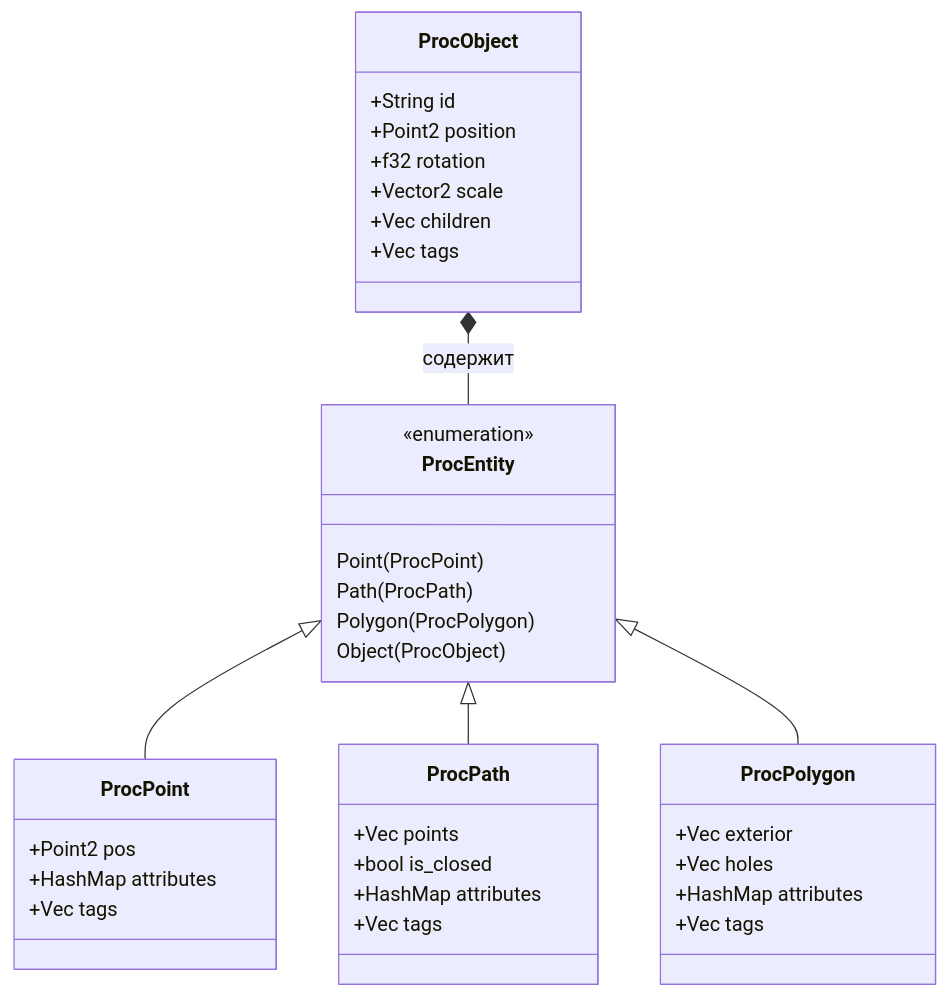
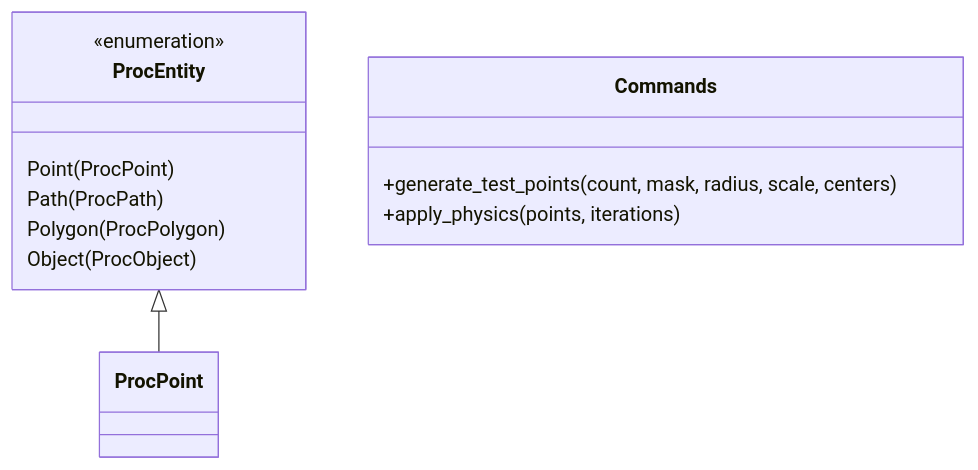
One commit to GAKcreater/GamakGenerator changed the first of 2 diagrams in PROJECT_OVERSIGHT.md. Above: the diagram before and after it, drawn with Mermaid. The commit also changed other lines of this file and 14 other files, not shown here.

Commit message:
PROC-12: Implement Interactive Viewport with Zoom/Pan and visual helper markers for Scatter and Mask nodes. Add exponential scaling for parameters and world-space mask positioning.

````diff
--- a/PROJECT_OVERSIGHT.md
+++ b/PROJECT_OVERSIGHT.md
@@ -10,44 +10,17 @@
 ```mermaid
 classDiagram
     class ProcEntity {
         <<enumeration>>
         Point(ProcPoint)
         Path(ProcPath)
         Polygon(ProcPolygon)
         Object(ProcObject)
     }
 
-    class ProcPoint {
-        +Point2 pos
-        +HashMap attributes
-        +Vec tags
+    class Commands {
+        +generate_test_points(count, mask, radius, scale, centers)
+        +apply_physics(points, iterations)
     }
 
-    class ProcPath {
-        +Vec points
-        +bool is_closed
-        +HashMap attributes
-        +Vec tags
-    }
-
-    class ProcPolygon {
-        +Vec exterior
-        +Vec holes
-        +HashMap attributes
-        +Vec tags
-    }
-
-    class ProcObject {
-        +String id
-        +Point2 position
-        +f32 rotation
-        +Vector2 scale
-        +Vec children
-        +Vec tags
-    }
-
-    ProcObject *-- ProcEntity : содержит
     ProcEntity <|-- ProcPoint
-    ProcEntity <|-- ProcPath
-    ProcEntity <|-- ProcPolygon
 ```
````
